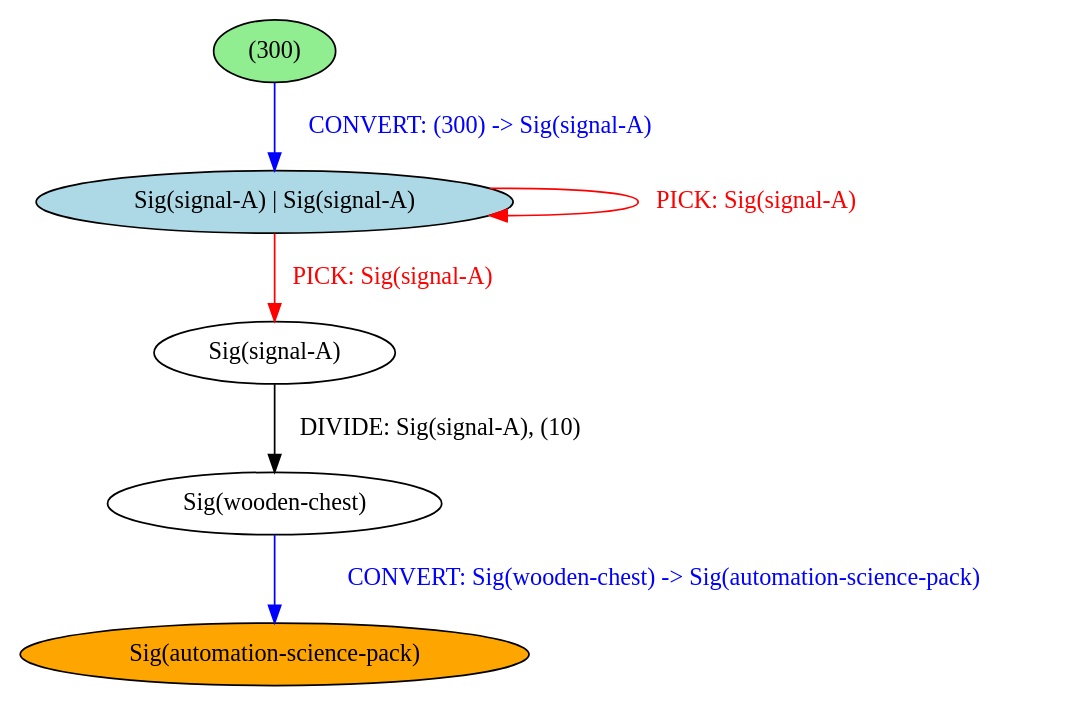
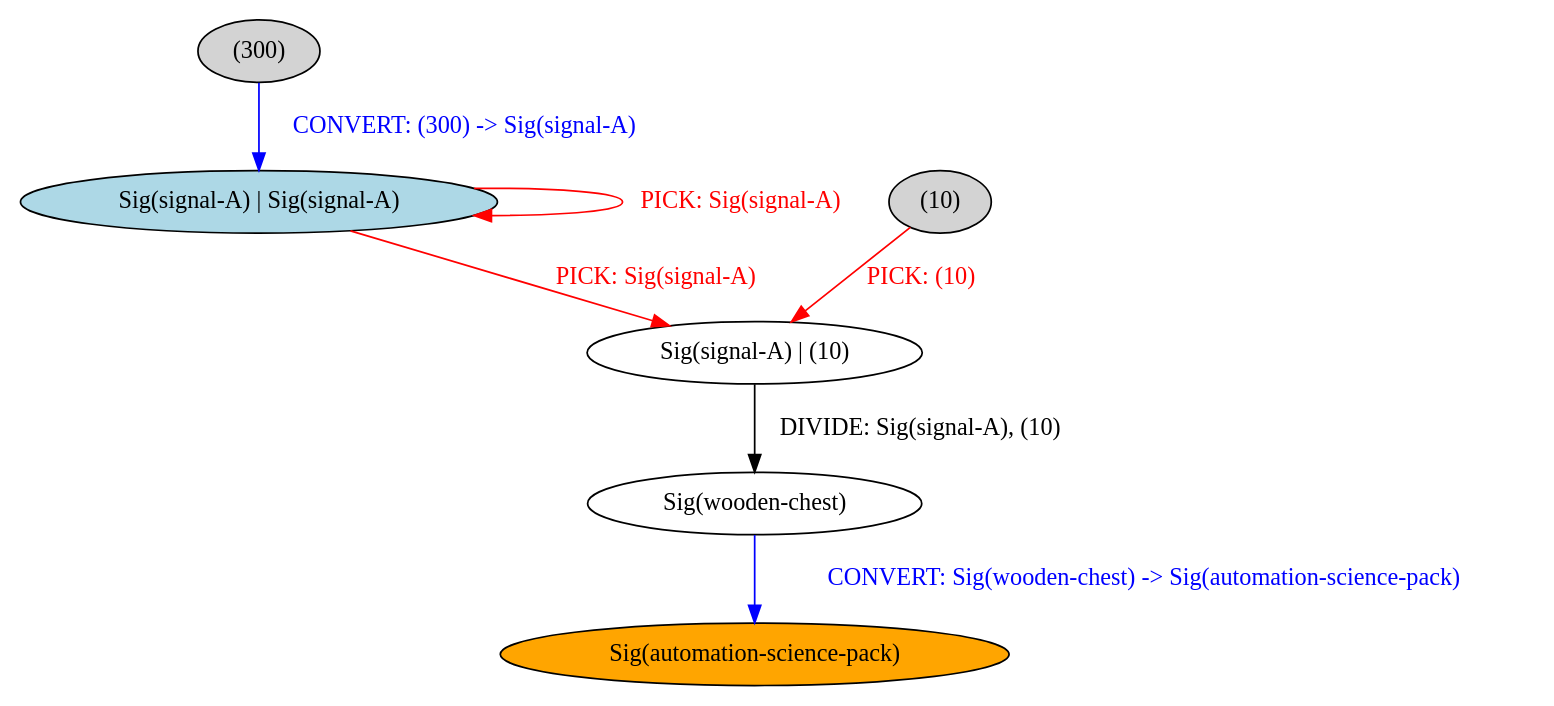
Before and after one commit to BalderHolst/chef: the diagram in chef-lang/examples/var_variables.output.dot, drawn with Graphviz. The commit also changed 18 other files, not shown here.

```diff
--- a/chef-lang/examples/var_variables.output.dot
+++ b/chef-lang/examples/var_variables.output.dot
@@ -1,13 +1,15 @@
 strict digraph {
 	nodesep=1
 	5	[style=filled fillcolor=orange label="Sig(automation-science-pack)"]
 	4	[style=filled fillcolor=white label="Sig(wooden-chest)"]
-	1	[style=filled fillcolor=lightgreen label="(300)"]
+	1	[style=filled fillcolor=lightgray label="(300)"]
 	0	[style=filled fillcolor=lightblue label="Sig(signal-A) | Sig(signal-A)"]
-	3	[style=filled fillcolor=white label="Sig(signal-A)"]
+	3	[style=filled fillcolor=white label="Sig(signal-A) | (10)"]
+	2	[style=filled fillcolor=lightgray label="(10)"]
 	4 -> 5	[label="CONVERT: Sig(wooden-chest) -> Sig(automation-science-pack)" color=blue fontcolor=blue]
 	1 -> 0	[label="CONVERT: (300) -> Sig(signal-A)" color=blue fontcolor=blue]
 	0 -> 0	[label="PICK: Sig(signal-A)" color=red fontcolor=red]
 	0 -> 3	[label="PICK: Sig(signal-A)" color=red fontcolor=red]
 	3 -> 4	[label="DIVIDE: Sig(signal-A), (10)" color=black fontcolor=black]
+	2 -> 3	[label="PICK: (10)" color=red fontcolor=red]
 }
```
